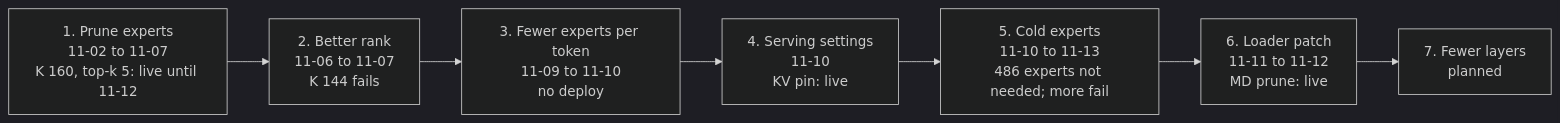
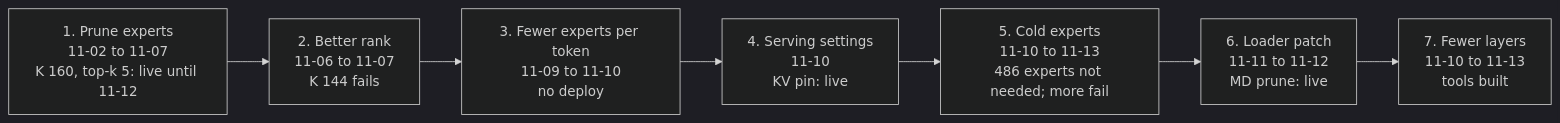
The diagram in README.md (czhou578/dsv4-specialize), drawn with Mermaid (dark theme) before and after one commit. The commit also changed other lines of this file and 5 other files, not shown here.

Commit message:
PLAN_FEWER_LAYERS §8.5: the Phase C result; the boot line names the registered weights; the README of stage 7

````diff
--- a/README.md
+++ b/README.md
@@ -54,11 +54,11 @@
 ```mermaid
 flowchart LR
     S1["1. Prune experts<br/>11-02 to 11-07<br/>K 160, top-k 5: live until 11-12"]
     S2["2. Better rank<br/>11-06 to 11-07<br/>K 144 fails"]
     S3["3. Fewer experts per token<br/>11-09 to 11-10<br/>no deploy"]
     S4["4. Serving settings<br/>11-10<br/>KV pin: live"]
     S5["5. Cold experts<br/>11-10 to 11-13<br/>486 experts not needed; more fail"]
     S6["6. Loader patch<br/>11-11 to 11-12<br/>MD prune: live"]
-    S7["7. Fewer layers<br/>planned"]
+    S7["7. Fewer layers<br/>11-10 to 11-13<br/>tools built"]
     S1 --> S2 --> S3 --> S4 --> S5 --> S6 --> S7
 ```
````
